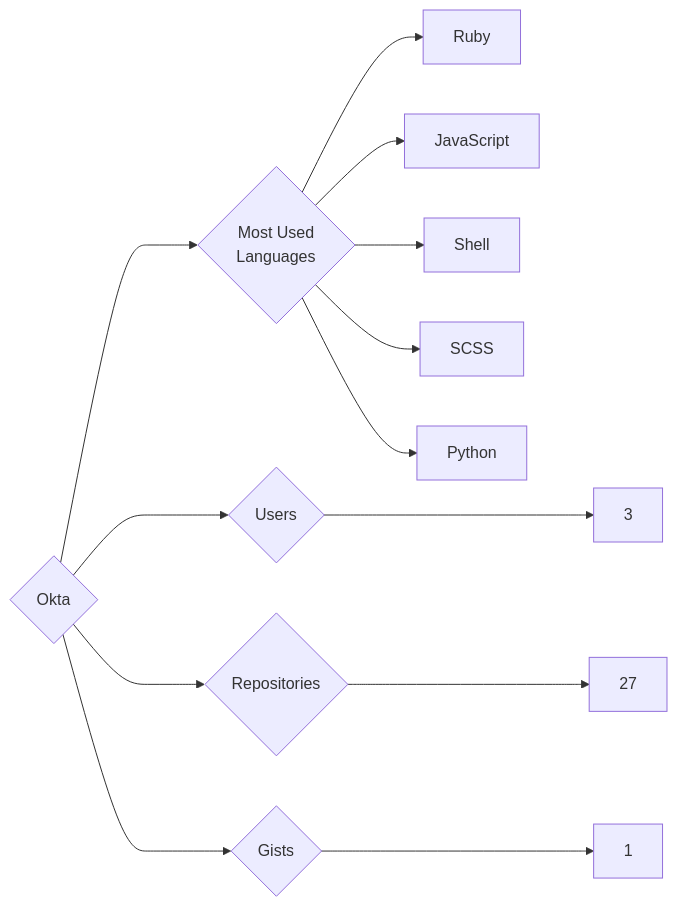
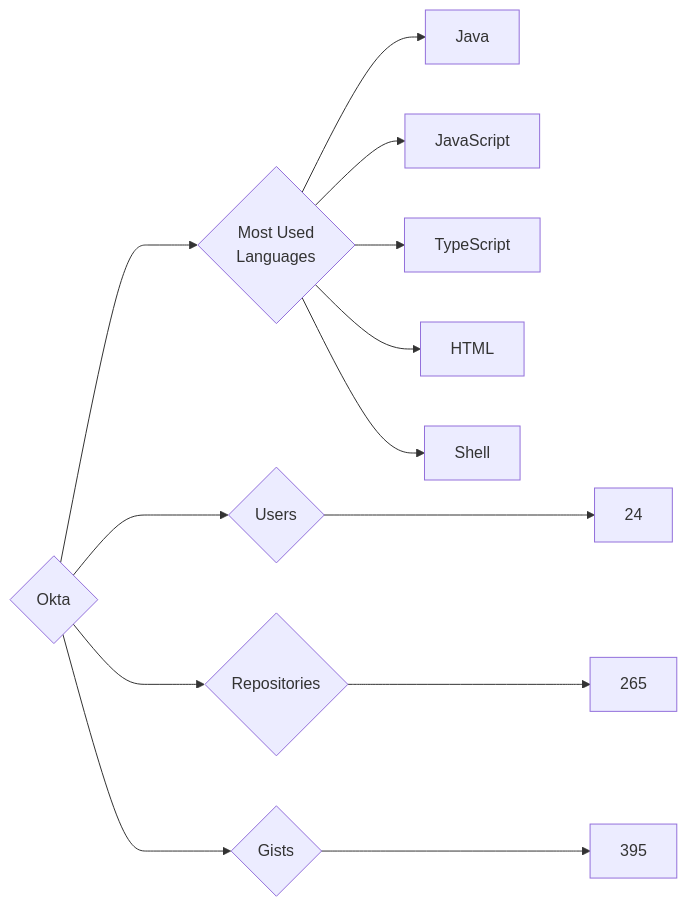
Before and after one commit to trickest/insiders: the diagram in targets/Okta/README.md, drawn with Mermaid. The commit also changed 976 other files, not shown here.

````diff
--- a/targets/Okta/README.md
+++ b/targets/Okta/README.md
@@ -3,13 +3,13 @@
 ```mermaid
 graph LR
 COMPANY_NAME{Okta}
-COMPANY_NAME ---> U{Users} ---> UN[3]
-COMPANY_NAME ---> R{Repositories} ---> RN[27]
-COMPANY_NAME ---> G{Gists} ---> GN[1]
+COMPANY_NAME ---> U{Users} ---> UN[24]
+COMPANY_NAME ---> R{Repositories} ---> RN[265]
+COMPANY_NAME ---> G{Gists} ---> GN[395]
 COMPANY_NAME ---> ML{Most Used<br>Languages}
-ML --> Ruby[Ruby]
+ML --> Java[Java]
 ML --> JavaScript[JavaScript]
+ML --> TypeScript[TypeScript]
+ML --> HTML[HTML]
 ML --> Shell[Shell]
-ML --> SCSS[SCSS]
-ML --> Python[Python]
 ```
````
